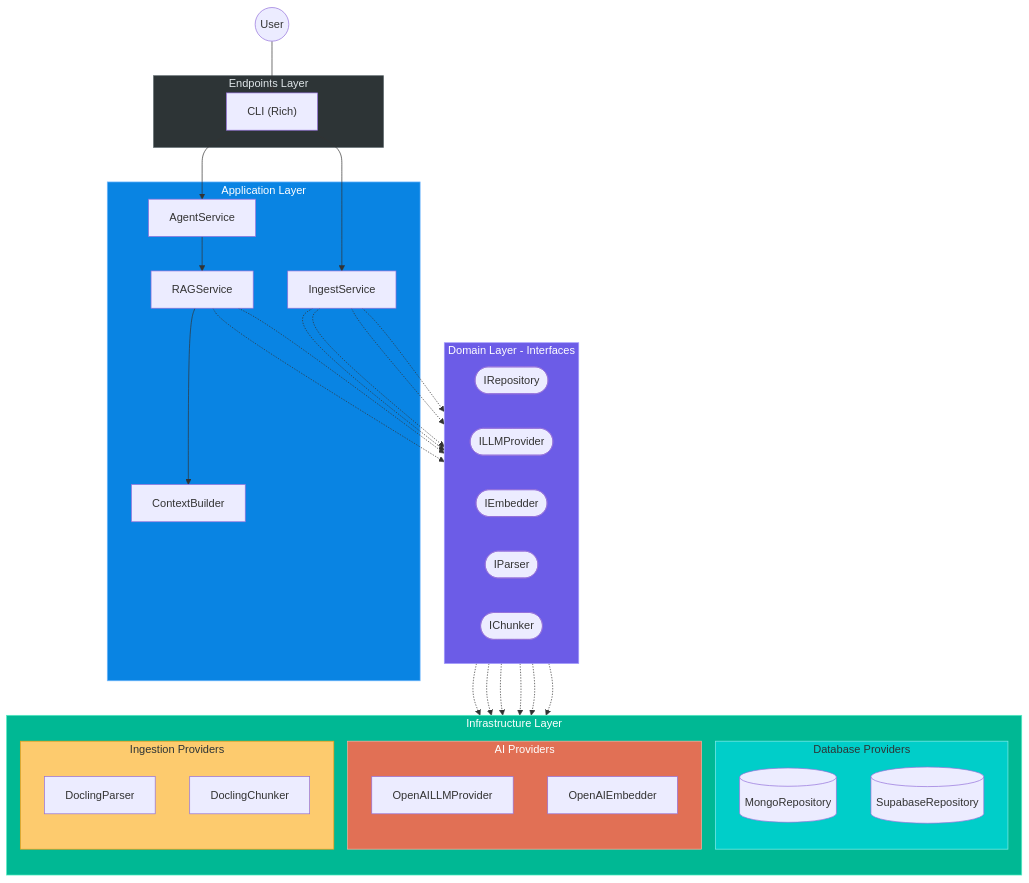
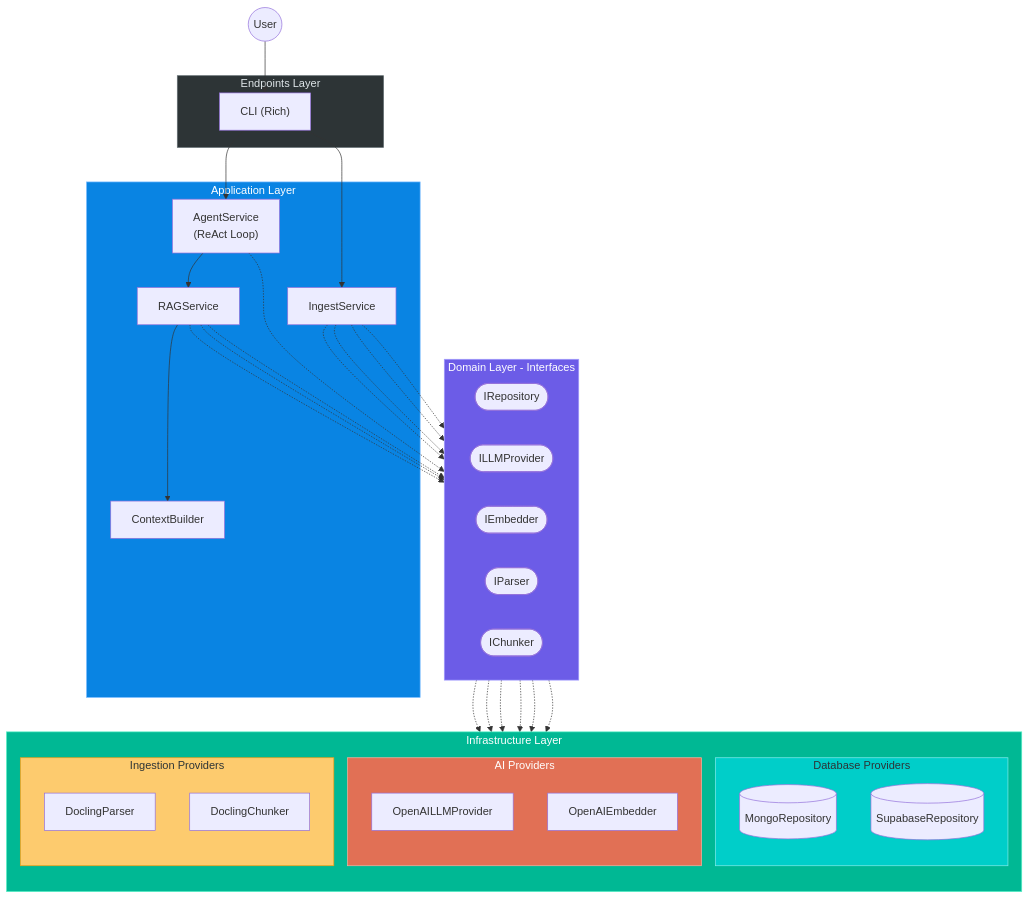
One commit to FullFran/Hybrid-RAG-example changed the first of 3 diagrams in docs/architecture.md. Above: the diagram before and after it, drawn with Mermaid. The commit also changed other lines of this file and 6 other files, not shown here.

First line of the commit message:
docs: consolidate architecture documentation

````diff
--- a/docs/architecture.md
+++ b/docs/architecture.md
@@ -79,69 +54,71 @@
 ```mermaid
 flowchart TB
     User((User))
 
     subgraph Endpoints["Endpoints Layer"]
         CLI["CLI (Rich)"]
     end
 
     subgraph Services["Application Layer"]
-        Agent["AgentService"]
+        Agent["AgentService<br/>(ReAct Loop)"]
         RAG["RAGService"]
         Ingest["IngestService"]
         Context["ContextBuilder"]
     end
 
     subgraph Core["Domain Layer - Interfaces"]
         direction LR
         IRepo([IRepository])
         ILLM([ILLMProvider])
         IEmb([IEmbedder])
         IParser([IParser])
         IChunker([IChunker])
     end
 
     subgraph Infra["Infrastructure Layer"]
         direction TB
         subgraph DBs["Database Providers"]
             Mongo[(MongoRepository)]
             Supa[(SupabaseRepository)]
         end
         subgraph AI["AI Providers"]
             OAILLM["OpenAILLMProvider"]
             OAIEmb["OpenAIEmbedder"]
         end
         subgraph Parsing["Ingestion Providers"]
             DocParser["DoclingParser"]
             DocChunker["DoclingChunker"]
         end
     end
 
     User --> CLI
     CLI --> Agent
     Agent --> RAG
     RAG --> Context
     CLI --> Ingest
 
     RAG -.-> IRepo
     RAG -.-> ILLM
+    RAG -.-> IEmb
+    Agent -.-> ILLM
     Ingest -.-> IRepo
     Ingest -.-> IEmb
     Ingest -.-> IParser
     Ingest -.-> IChunker
 
     IRepo -.-> Mongo
     IRepo -.-> Supa
     ILLM -.-> OAILLM
     IEmb -.-> OAIEmb
     IParser -.-> DocParser
     IChunker -.-> DocChunker
 
     %% Layer styling
     style Endpoints fill:#2d3436,stroke:#636e72,color:#dfe6e9
     style Services fill:#0984e3,stroke:#74b9ff,color:#fff
     style Core fill:#6c5ce7,stroke:#a29bfe,color:#fff
     style Infra fill:#00b894,stroke:#55efc4,color:#fff
     style DBs fill:#00cec9,stroke:#81ecec,color:#2d3436
     style AI fill:#e17055,stroke:#fab1a0,color:#fff
     style Parsing fill:#fdcb6e,stroke:#f39c12,color:#2d3436
 ```
````
